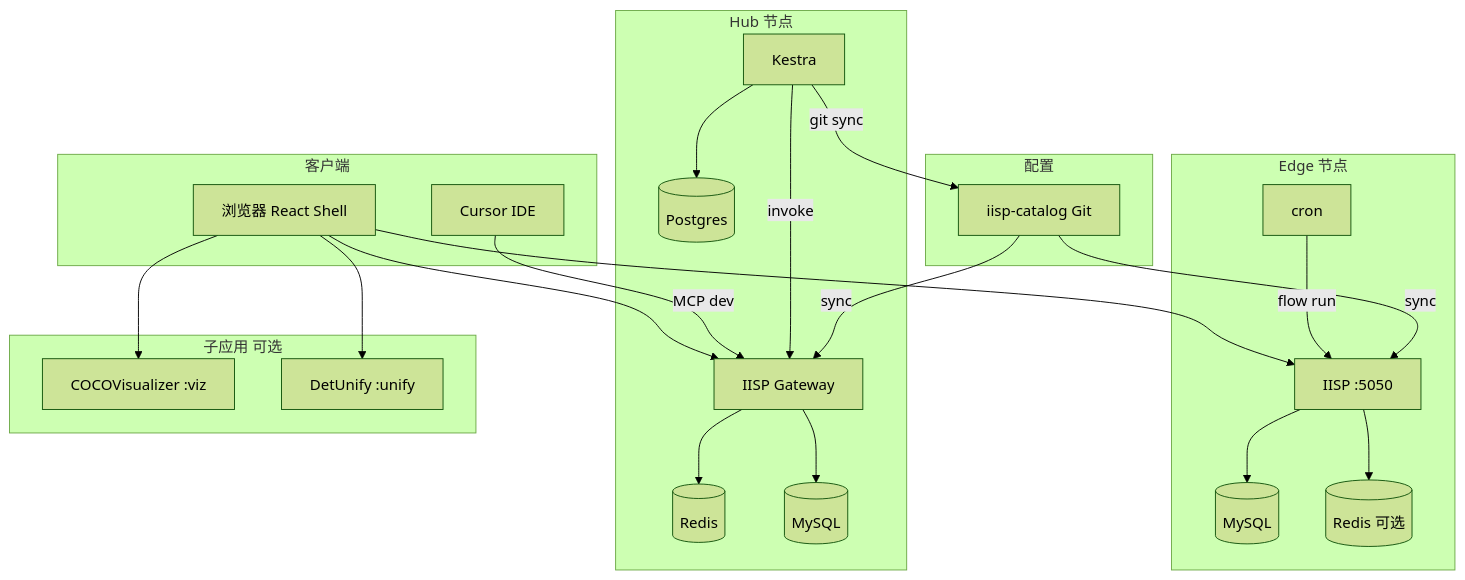
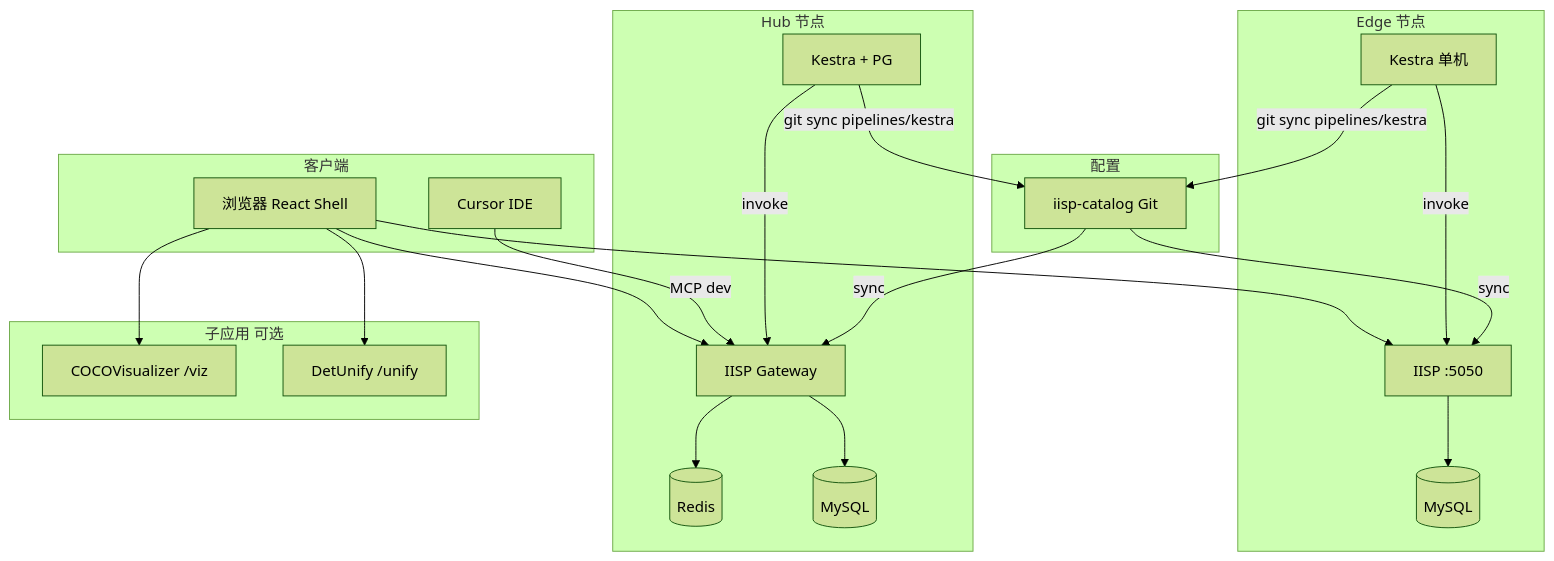
Before and after one commit to algo-boost/DetForge-Studio: the second of 10 diagrams in docs/ARCHITECTURE_DIAGRAMS.md, drawn with Mermaid (forest theme). The commit also changed other lines of this file and 37 other files, not shown here.

````diff
--- a/docs/ARCHITECTURE_DIAGRAMS.md
+++ b/docs/ARCHITECTURE_DIAGRAMS.md
@@ -46,47 +48,44 @@
 ```mermaid
 flowchart TB
   subgraph clients [客户端]
     Browser[浏览器 React Shell]
     CursorIDE[Cursor IDE]
   end
 
   subgraph edge [Edge 节点]
     IISP_E[IISP :5050]
+    Kestra_E[Kestra 单机]
     MySQL_E[(MySQL)]
-    Redis_E[(Redis 可选)]
-    Cron_E[cron]
   end
 
   subgraph hub [Hub 节点]
     IISP_H[IISP Gateway]
-    Kestra[Kestra]
-    PG[(Postgres)]
+    Kestra_H[Kestra + PG]
     Redis_H[(Redis)]
     MySQL_H[(MySQL)]
   end
 
   subgraph git [配置]
     Catalog[iisp-catalog Git]
   end
 
   subgraph embed [子应用 可选]
-    Viz[COCOVisualizer :viz]
-    Unify[DetUnify :unify]
+    Viz[COCOVisualizer /viz]
+    Unify[DetUnify /unify]
   end
 
   Browser --> IISP_E
   Browser --> IISP_H
   Browser --> Viz
   Browser --> Unify
   CursorIDE -->|MCP dev| IISP_H
-  Cron_E -->|flow run| IISP_E
+  Kestra_E -->|invoke| IISP_E
+  Kestra_H -->|invoke| IISP_H
   IISP_E --> MySQL_E
-  IISP_E --> Redis_E
-  Kestra -->|invoke| IISP_H
   IISP_H --> Redis_H
   IISP_H --> MySQL_H
-  Kestra --> PG
   Catalog -->|sync| IISP_E
   Catalog -->|sync| IISP_H
-  Kestra -->|git sync| Catalog
+  Kestra_E -->|git sync pipelines/kestra| Catalog
+  Kestra_H -->|git sync pipelines/kestra| Catalog
 ```
````
